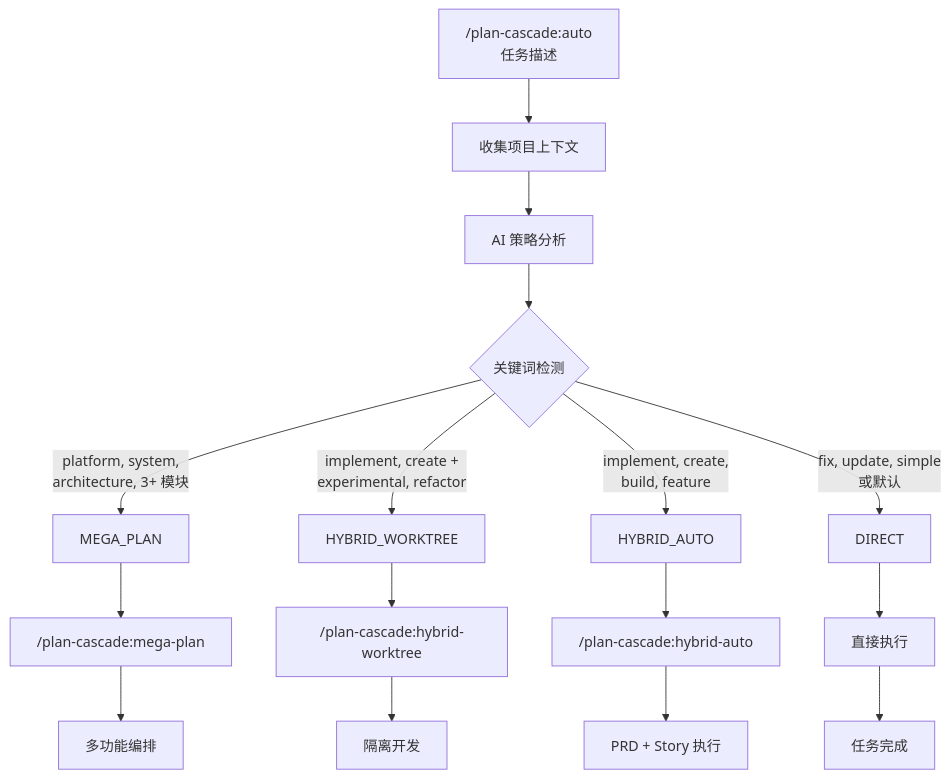
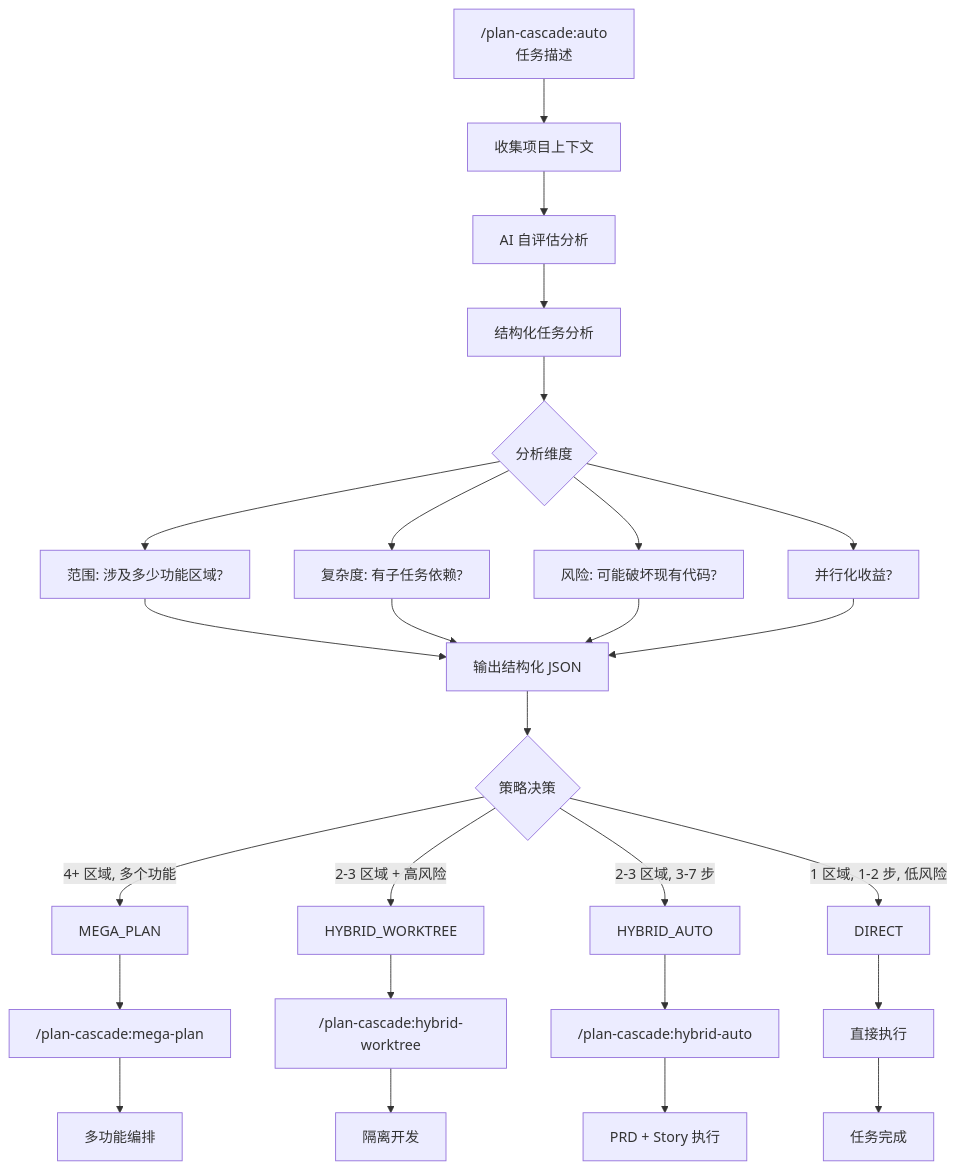
Before and after one commit to Taoidle/plan-cascade: the fourth of 13 diagrams in docs/System-Architecture_zh.md, drawn with Mermaid. The commit also changed other lines of this file and 29 other files, not shown here.

````diff
--- a/docs/System-Architecture_zh.md
+++ b/docs/System-Architecture_zh.md
@@ -199,22 +212,35 @@
 ```mermaid
 flowchart TD
     A["/plan-cascade:auto<br/>任务描述"] --> B[收集项目上下文]
-    B --> C[AI 策略分析]
+    B --> C[AI 自评估分析]
 
-    C --> D{关键词检测}
+    C --> D[结构化任务分析]
 
-    D -->|"platform, system,<br/>architecture, 3+ 模块"| E[MEGA_PLAN]
-    D -->|"implement, create +<br/>experimental, refactor"| F[HYBRID_WORKTREE]
-    D -->|"implement, create,<br/>build, feature"| G[HYBRID_AUTO]
-    D -->|"fix, update, simple<br/>或默认"| H[DIRECT]
+    D --> E{分析维度}
+    E --> E1[范围: 涉及多少功能区域?]
+    E --> E2[复杂度: 有子任务依赖?]
+    E --> E3[风险: 可能破坏现有代码?]
+    E --> E4[并行化收益?]
 
-    E --> I["/plan-cascade:mega-plan"]
-    F --> J["/plan-cascade:hybrid-worktree"]
-    G --> K["/plan-cascade:hybrid-auto"]
-    H --> L[直接执行]
+    E1 --> F[输出结构化 JSON]
+    E2 --> F
+    E3 --> F
+    E4 --> F
 
-    I --> M[多功能编排]
-    J --> N[隔离开发]
-    K --> O[PRD + Story 执行]
-    L --> P[任务完成]
+    F --> G{策略决策}
+
+    G -->|"4+ 区域, 多个功能"| H[MEGA_PLAN]
+    G -->|"2-3 区域 + 高风险"| I[HYBRID_WORKTREE]
+    G -->|"2-3 区域, 3-7 步"| J[HYBRID_AUTO]
+    G -->|"1 区域, 1-2 步, 低风险"| K[DIRECT]
+
+    H --> L["/plan-cascade:mega-plan"]
+    I --> M["/plan-cascade:hybrid-worktree"]
+    J --> N["/plan-cascade:hybrid-auto"]
+    K --> O[直接执行]
+
+    L --> P[多功能编排]
+    M --> Q[隔离开发]
+    N --> R[PRD + Story 执行]
+    O --> S[任务完成]
 ```
````
